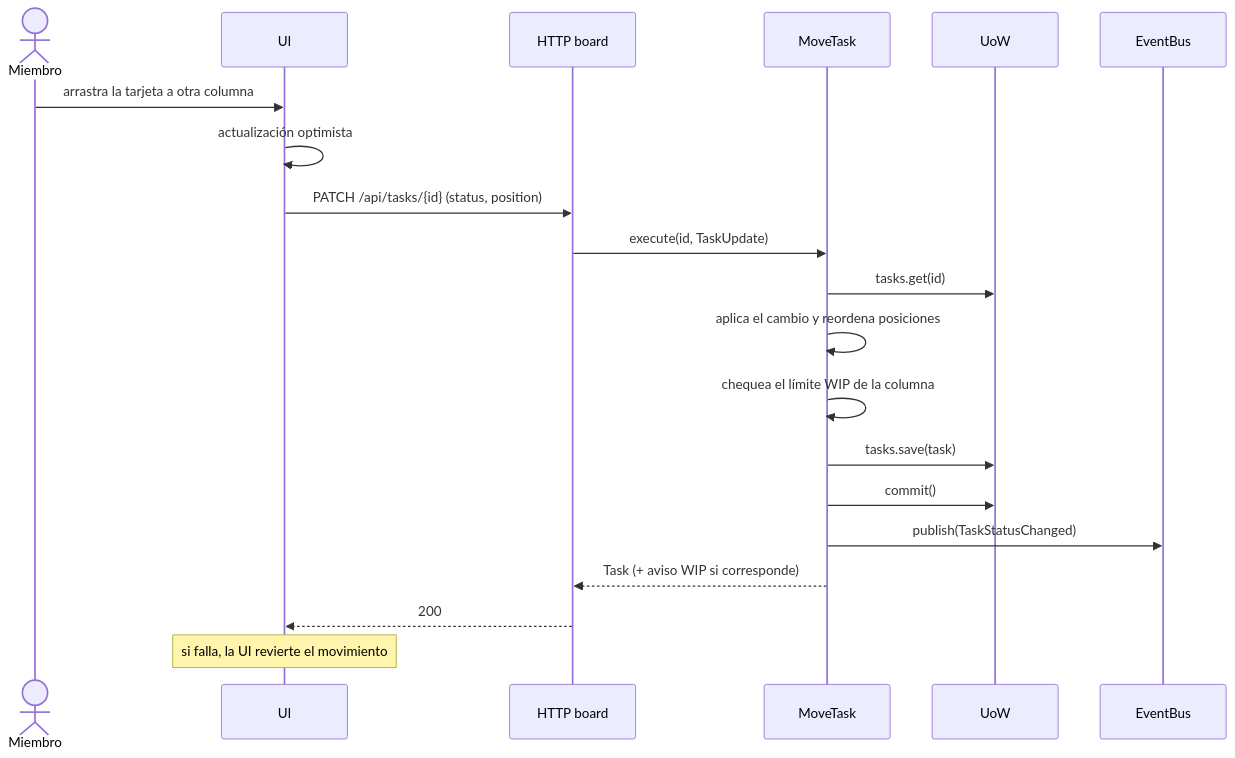
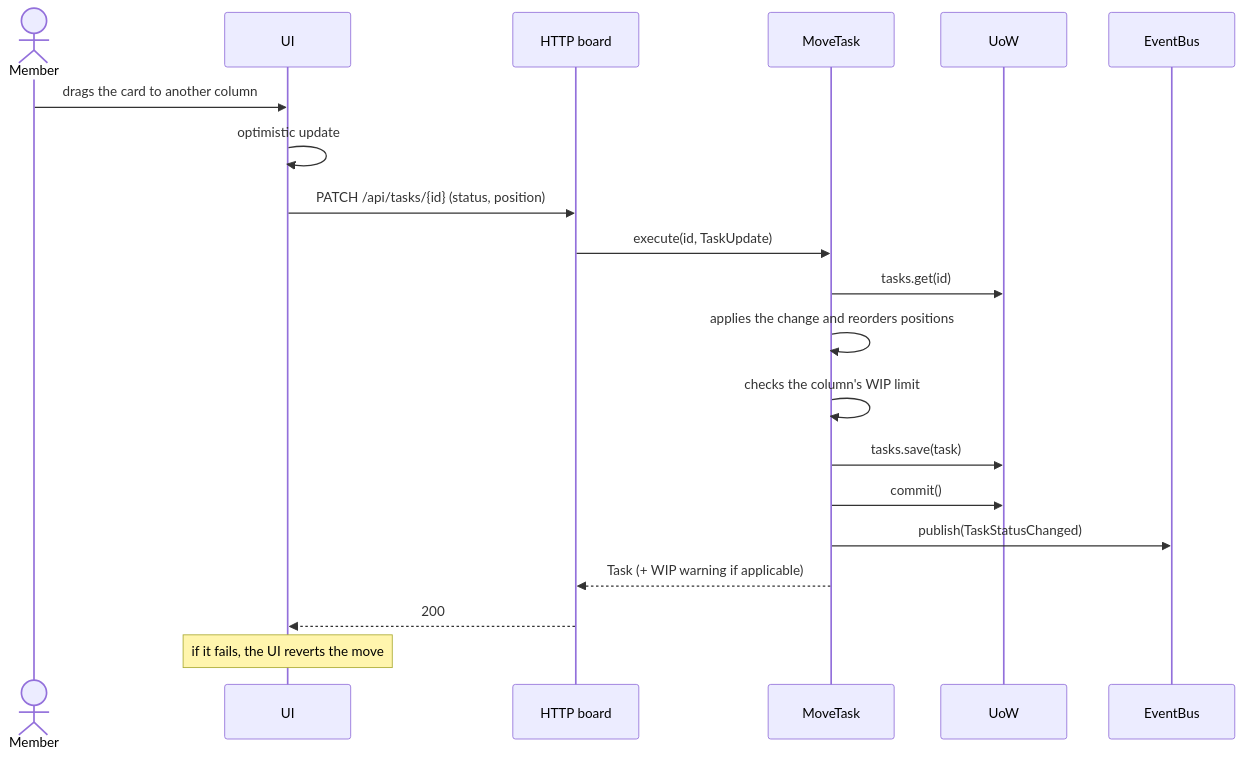
The tenth of 18 diagrams in plan/use-cases.md (Mitchz01/TransparencIA), drawn with Mermaid before and after one commit. The commit also changed other lines of this file and 68 other files, not shown here.

````diff
--- a/plan/use-cases.md
+++ b/plan/use-cases.md
@@ -336,23 +340,23 @@
 ```mermaid
 sequenceDiagram
-    actor M as Miembro
+    actor M as Member
     participant UI
     participant HTTP as HTTP board
     participant UC as MoveTask
     participant UoW
     participant Bus as EventBus
 
-    M->>UI: arrastra la tarjeta a otra columna
-    UI->>UI: actualización optimista
+    M->>UI: drags the card to another column
+    UI->>UI: optimistic update
     UI->>HTTP: PATCH /api/tasks/{id} (status, position)
     HTTP->>UC: execute(id, TaskUpdate)
     UC->>UoW: tasks.get(id)
-    UC->>UC: aplica el cambio y reordena posiciones
-    UC->>UC: chequea el límite WIP de la columna
+    UC->>UC: applies the change and reorders positions
+    UC->>UC: checks the column's WIP limit
     UC->>UoW: tasks.save(task)
     UC->>UoW: commit()
     UC->>Bus: publish(TaskStatusChanged)
-    UC-->>HTTP: Task (+ aviso WIP si corresponde)
+    UC-->>HTTP: Task (+ WIP warning if applicable)
     HTTP-->>UI: 200
-    Note over UI: si falla, la UI revierte el movimiento
+    Note over UI: if it fails, the UI reverts the move
 ```
````
